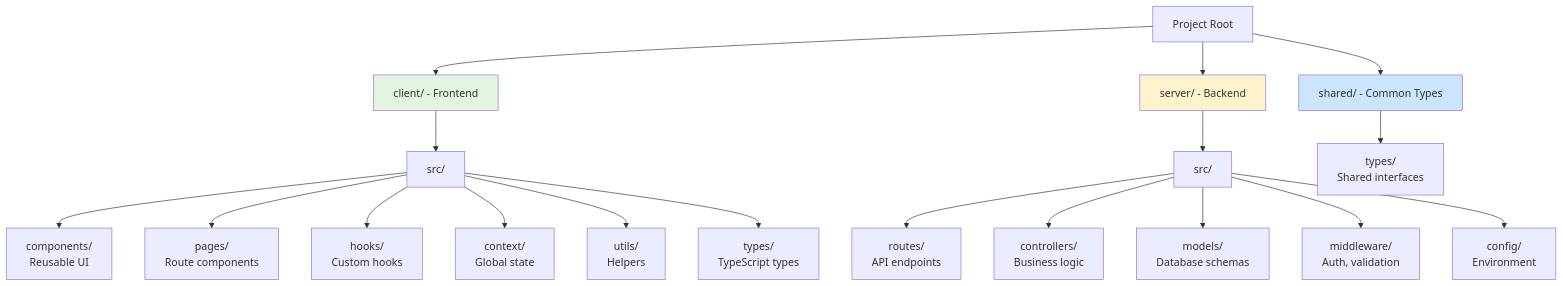
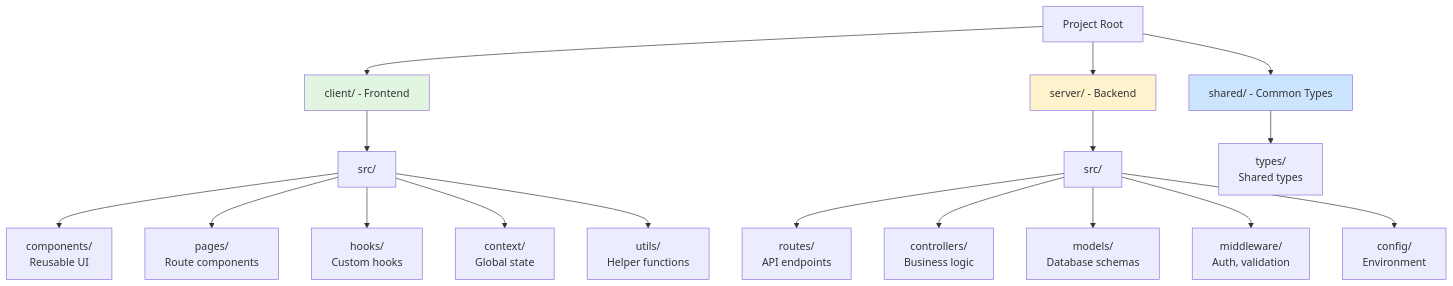
Before and after one commit to longndt/react-course: the third of 14 diagrams in react-javascript/diagrams/project_architecture.md, drawn with Mermaid. The commit also changed other lines of this file and 8 other files, not shown here.

````diff
--- a/react-javascript/diagrams/project_architecture.md
+++ b/react-javascript/diagrams/project_architecture.md
@@ -106,27 +106,26 @@
 ```mermaid
 graph TD
     Root[Project Root] --> Client[client/ - Frontend]
     Root --> Server[server/ - Backend]
     Root --> Shared[shared/ - Common Types]
 
     Client --> ClientSrc[src/]
     ClientSrc --> Components[components/<br/>Reusable UI]
     ClientSrc --> Pages[pages/<br/>Route components]
     ClientSrc --> Hooks[hooks/<br/>Custom hooks]
     ClientSrc --> Context[context/<br/>Global state]
-    ClientSrc --> Utils[utils/<br/>Helpers]
-    ClientSrc --> Types[types/<br/>TypeScript types]
+    ClientSrc --> Utils[utils/<br/>Helper functions]
 
     Server --> ServerSrc[src/]
     ServerSrc --> Routes[routes/<br/>API endpoints]
     ServerSrc --> Controllers[controllers/<br/>Business logic]
     ServerSrc --> Models[models/<br/>Database schemas]
     ServerSrc --> Middleware[middleware/<br/>Auth, validation]
     ServerSrc --> Config[config/<br/>Environment]
 
-    Shared --> SharedTypes[types/<br/>Shared interfaces]
+    Shared --> SharedTypes[types/<br/>Shared types]
 
     style Client fill:#e1f5e1
     style Server fill:#fff3cd
     style Shared fill:#cce5ff
 ```
````
